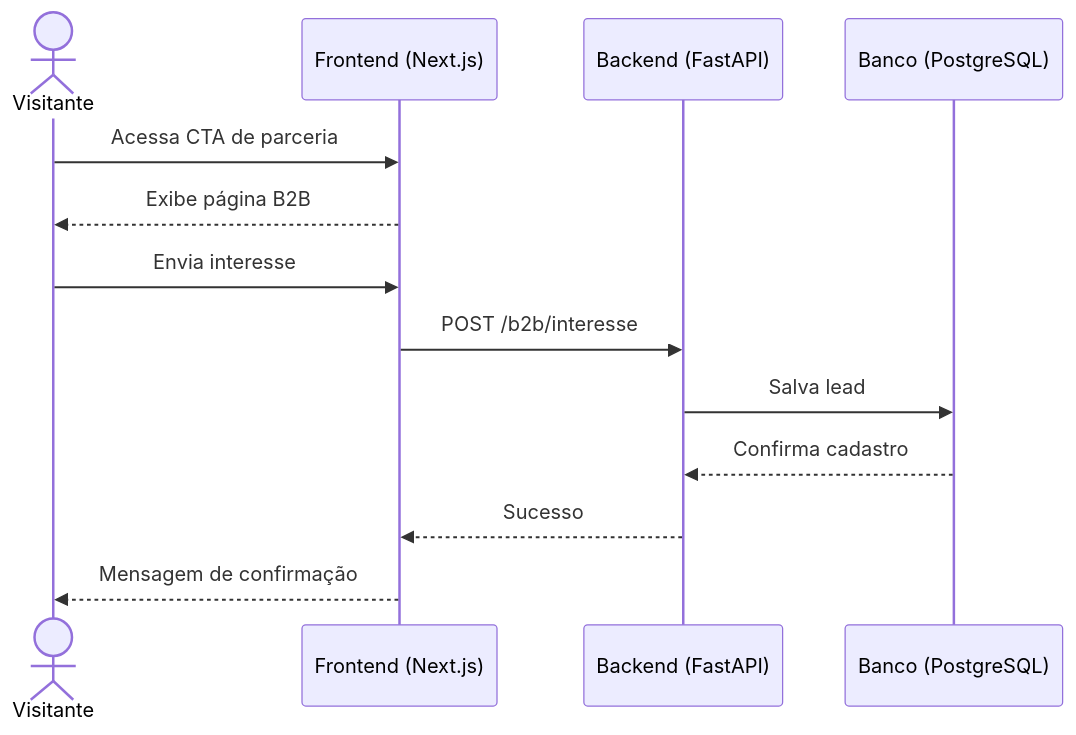
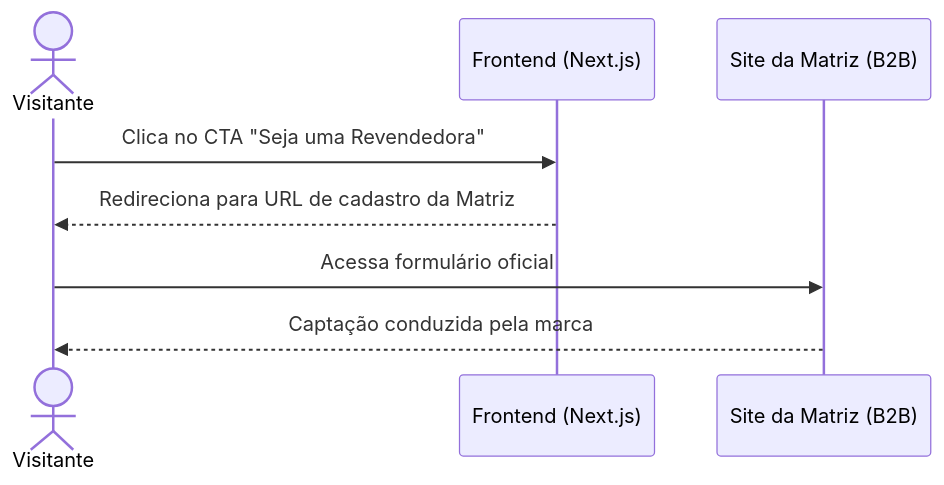
One commit to LuHenRe/Projeto-Revendedora-Atlantica-Natural changed the third of 3 diagrams in docs/arquitetura/06-diagrama-sequencia.md. Above: the diagram before and after it, drawn with Mermaid. The commit also changed other lines of this file and 2 other files, not shown here.

Commit message:
Refatora fluxo B2B no diagrama de sequencia e remove estados (#6)

````diff
--- a/docs/arquitetura/06-diagrama-sequencia.md
+++ b/docs/arquitetura/06-diagrama-sequencia.md
@@ -46,16 +46,11 @@
 ```mermaid
 sequenceDiagram
     actor Visitante
     participant Frontend as Frontend (Next.js)
-    participant API as Backend (FastAPI)
-    participant DB as Banco (PostgreSQL)
+    participant Externo as Site da Matriz (B2B)
 
-    Visitante->>Frontend: Acessa CTA de parceria
-    Frontend-->>Visitante: Exibe página B2B
-    Visitante->>Frontend: Envia interesse
-    Frontend->>API: POST /b2b/interesse
-    API->>DB: Salva lead
-    DB-->>API: Confirma cadastro
-    API-->>Frontend: Sucesso
-    Frontend-->>Visitante: Mensagem de confirmação
+    Visitante->>Frontend: Clica no CTA "Seja uma Revendedora"
+    Frontend-->>Visitante: Redireciona para URL de cadastro da Matriz
+    Visitante->>Externo: Acessa formulário oficial
+    Externo-->>Visitante: Captação conduzida pela marca
 ```
````
